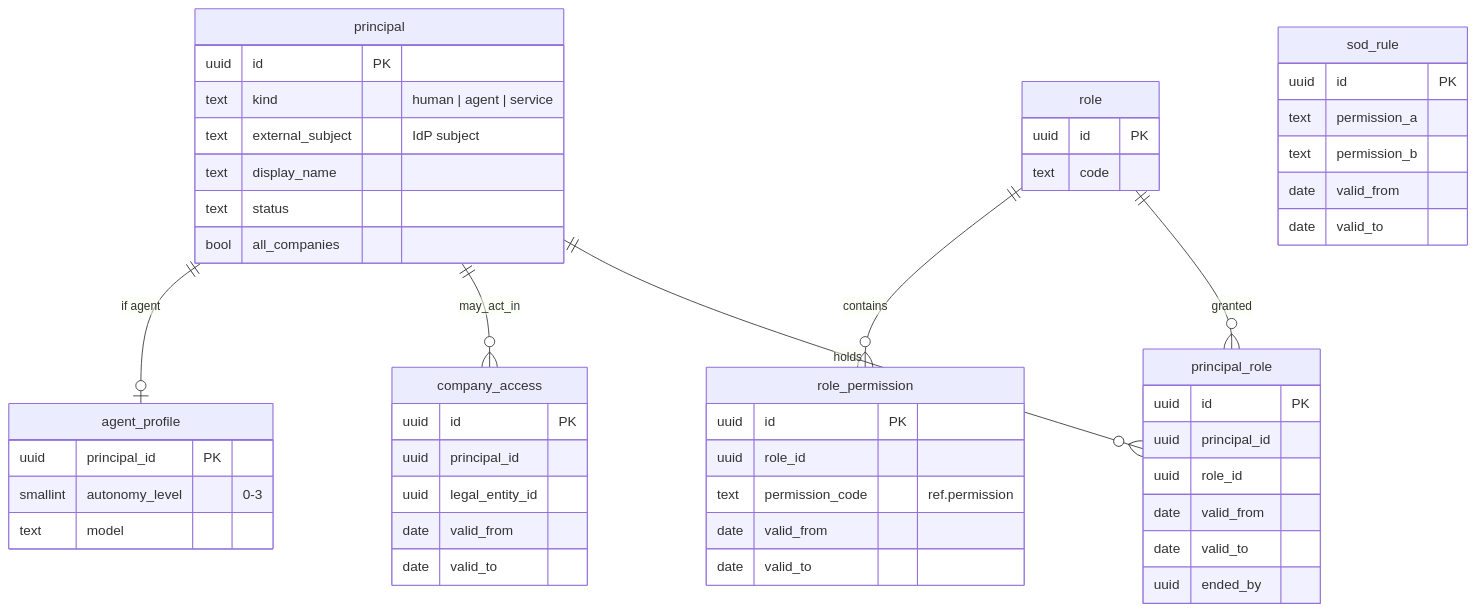
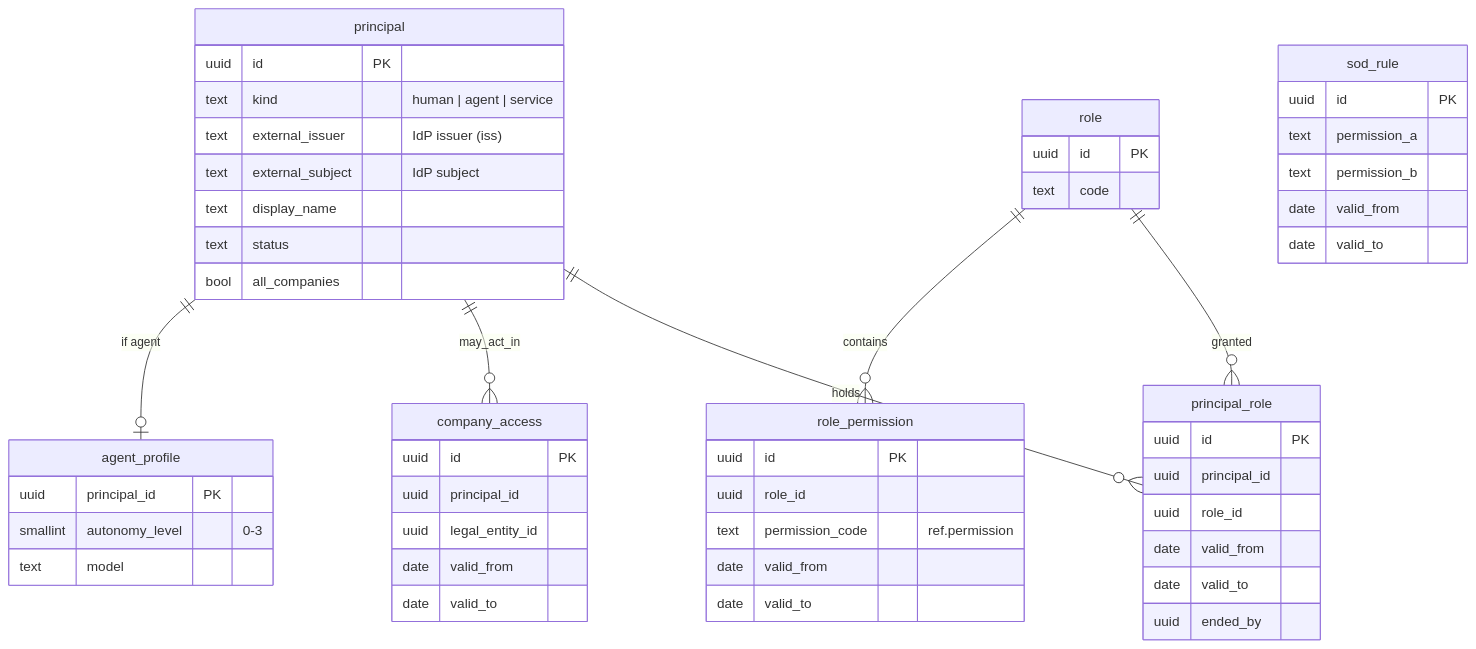
The second of 9 diagrams in docs/design/03-data-model.md (mustie7iy/agentic-erp), drawn with Mermaid before and after one commit. The commit also changed other lines of this file and 31 other files, not shown here.

````diff
--- a/docs/design/03-data-model.md
+++ b/docs/design/03-data-model.md
@@ -131,42 +131,43 @@
 ```mermaid
 erDiagram
   principal ||--o{ principal_role : holds
   role ||--o{ principal_role : granted
   role ||--o{ role_permission : contains
   principal ||--o{ company_access : may_act_in
   principal ||--o| agent_profile : "if agent"
   principal {
     uuid id PK
     text kind "human | agent | service"
+    text external_issuer "IdP issuer (iss)"
     text external_subject "IdP subject"
     text display_name
     text status
     bool all_companies
   }
   role { uuid id PK
     text code }
   role_permission { uuid id PK
     uuid role_id
     text permission_code "ref.permission"
     date valid_from
     date valid_to }
   principal_role { uuid id PK
     uuid principal_id
     uuid role_id
     date valid_from
     date valid_to
     uuid ended_by }
   company_access { uuid id PK
     uuid principal_id
     uuid legal_entity_id
     date valid_from
     date valid_to }
   sod_rule { uuid id PK
     text permission_a
     text permission_b
     date valid_from
     date valid_to }
   agent_profile { uuid principal_id PK
     smallint autonomy_level "0-3"
     text model }
 ```
````
